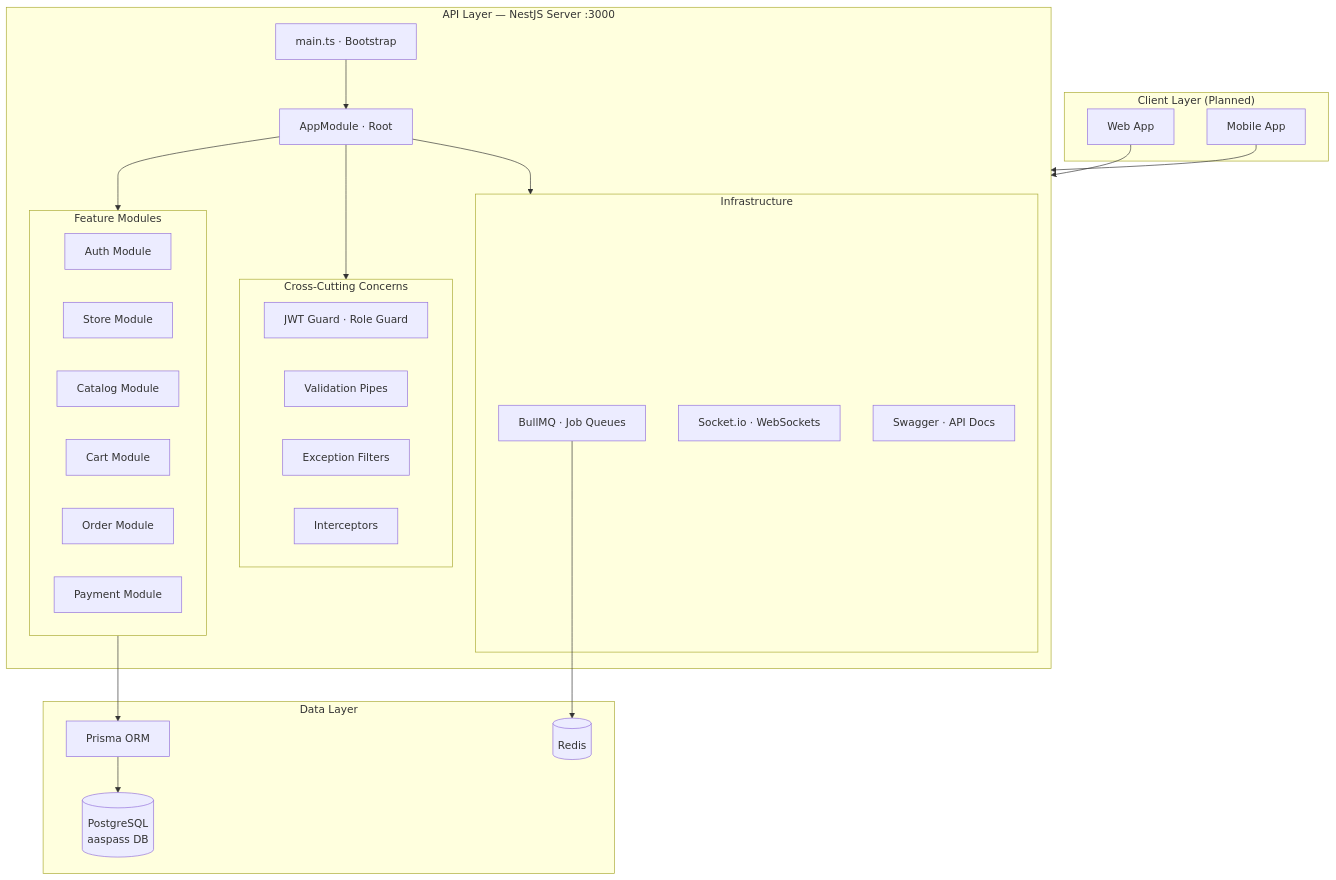
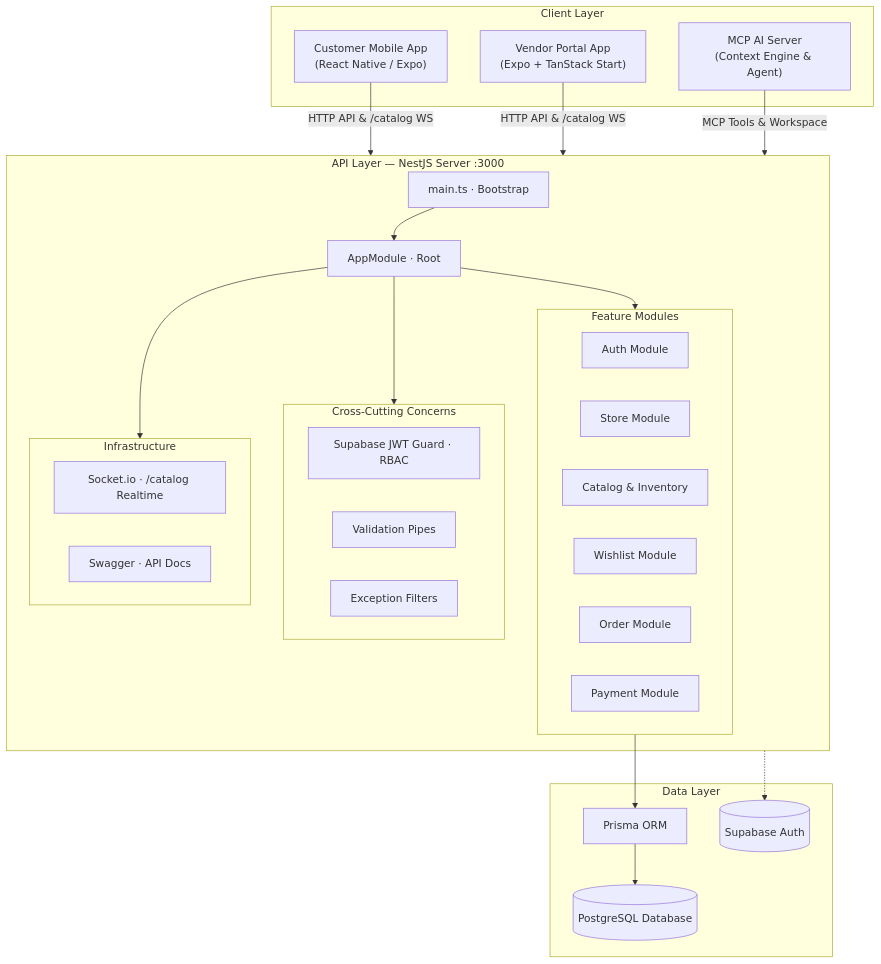
One commit to Owaisdln/aasPass changed the diagram in docs/03-architecture.md. Above: the diagram before and after it, drawn with Mermaid. The commit also changed other lines of this file and 17 other files, not shown here.

Commit message:
docs: complete mobile app and vendor portal documentation suites

````diff
--- a/docs/03-architecture.md
+++ b/docs/03-architecture.md
@@ -9,50 +9,50 @@
 ```mermaid
 graph TB
- subgraph Client["Client Layer (Planned)"]
- WEB[Web App]
- MOB[Mobile App]
- end
+  subgraph Clients["Client Layer"]
+    MOB["Customer Mobile App<br/>(React Native / Expo)"]
+    VEN["Vendor Portal App<br/>(Expo + TanStack Start)"]
+    MCP["MCP AI Server<br/>(Context Engine & Agent)"]
+  end
 
- subgraph API["API Layer — NestJS Server :3000"]
- MAIN[main.ts · Bootstrap]
- APP[AppModule · Root]
+  subgraph API["API Layer — NestJS Server :3000"]
+    MAIN["main.ts · Bootstrap"]
+    APP["AppModule · Root"]
 
- subgraph Modules["Feature Modules"]
- AUTH[Auth Module]
- STORE[Store Module]
- CATALOG[Catalog Module]
- CART[Cart Module]
- ORDER[Order Module]
- PAYMENT[Payment Module]
- end
+    subgraph Modules["Feature Modules"]
+      AUTH["Auth Module"]
+      STORE["Store Module"]
+      CATALOG["Catalog & Inventory"]
+      WISHLIST["Wishlist Module"]
+      ORDER["Order Module"]
+      PAYMENT["Payment Module"]
+    end
 
- subgraph CrossCutting["Cross-Cutting Concerns"]
- GUARD[JWT Guard · Role Guard]
- PIPE[Validation Pipes]
- FILTER[Exception Filters]
- INTER[Interceptors]
- end
+    subgraph CrossCutting["Cross-Cutting Concerns"]
+      GUARD["Supabase JWT Guard · RBAC"]
+      PIPE["Validation Pipes"]
+      FILTER["Exception Filters"]
+    end
 
- subgraph Infra["Infrastructure"]
- QUEUE[BullMQ · Job Queues]
- WS[Socket.io · WebSockets]
- SWAGGER[Swagger · API Docs]
- end
- end
+    subgraph Infra["Infrastructure"]
+      WS["Socket.io · /catalog Realtime"]
+      SWAGGER["Swagger · API Docs"]
+    end
+  end
 
- subgraph DataLayer["Data Layer"]
- PRISMA[Prisma ORM]
- PG[(PostgreSQL\naaspass DB)]
- REDIS[(Redis)]
- end
+  subgraph DataLayer["Data Layer"]
+    PRISMA["Prisma ORM"]
+    PG[("PostgreSQL Database")]
+    SUPA[("Supabase Auth")]
+  end
 
- WEB --> API
- MOB --> API
- MAIN --> APP
- APP --> Modules
- APP --> CrossCutting
- APP --> Infra
- Modules --> PRISMA
- QUEUE --> REDIS
- PRISMA --> PG
+  MOB -->|"HTTP API & /catalog WS"| API
+  VEN -->|"HTTP API & /catalog WS"| API
+  MCP -->|"MCP Tools & Workspace"| API
+  MAIN --> APP
+  APP --> Modules
+  APP --> CrossCutting
+  APP --> Infra
+  Modules --> PRISMA
+  PRISMA --> PG
+  API -.-> SUPA
 ```
````
